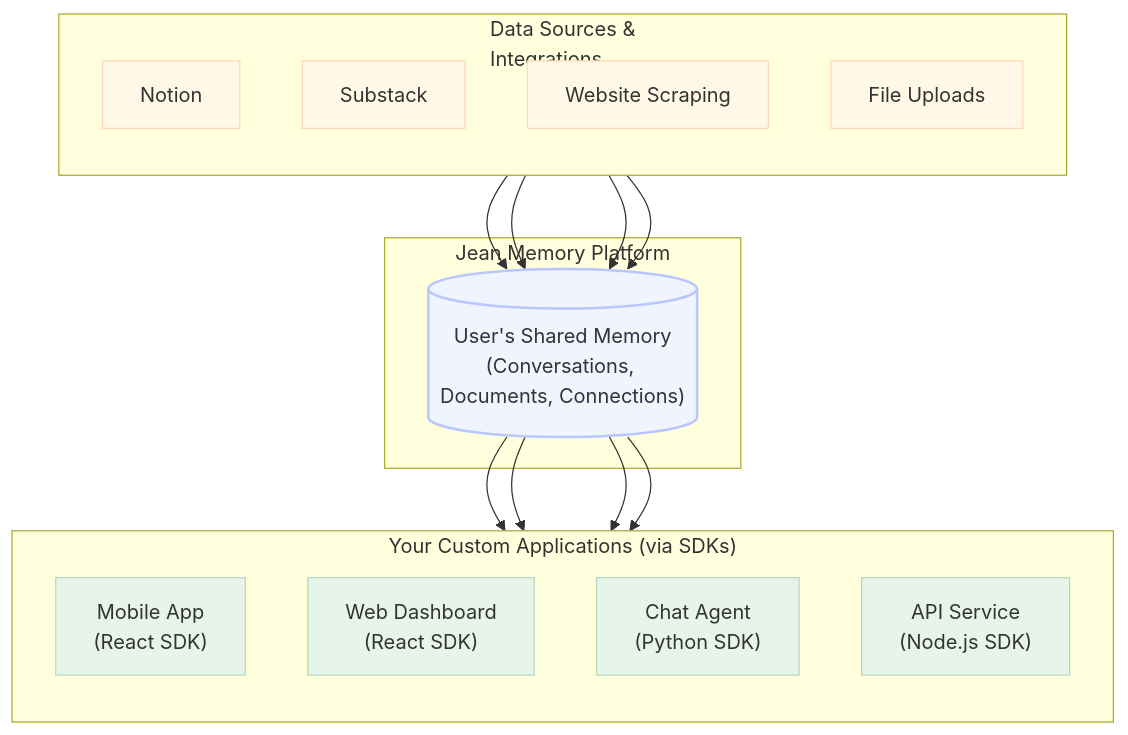
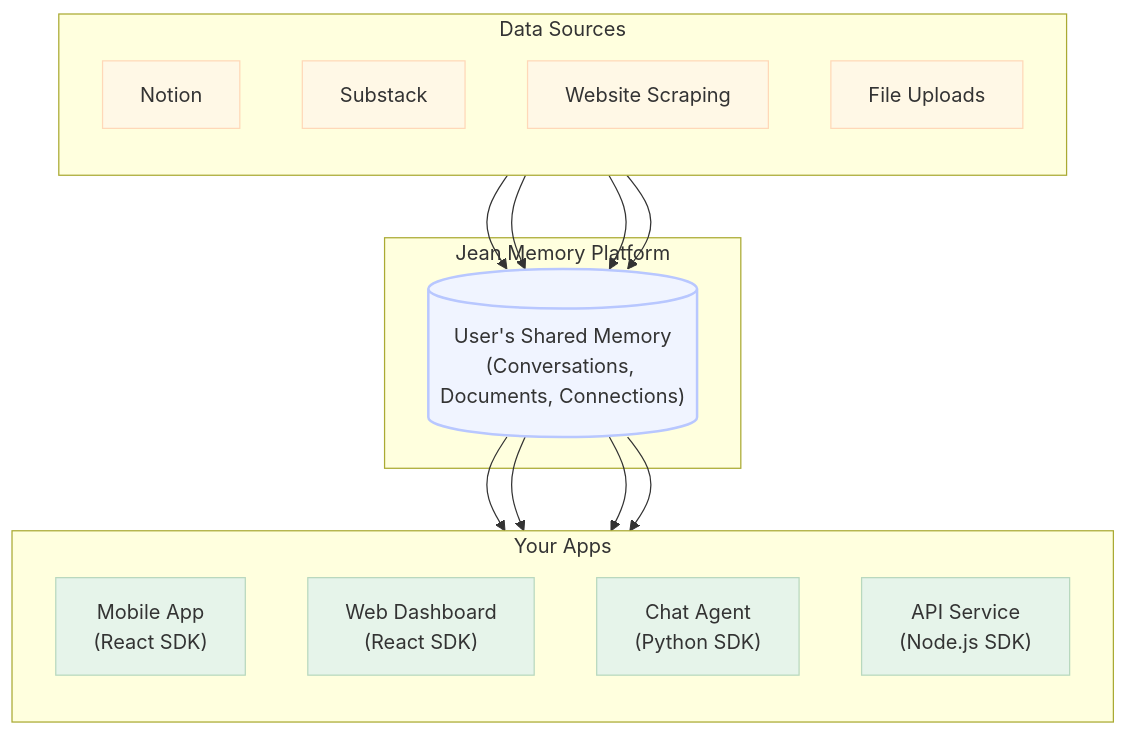
The diagram in FINAL_SDK_REVIEW_AND_DOCUMENTATION.md (jean-technologies/jean-memory), drawn with Mermaid before and after one commit. The commit also changed 33 other files, not shown here.

Commit message:
push these very many changes that improve the SDK testing mechanisms and the graph for CE.

````diff
--- a/FINAL_SDK_REVIEW_AND_DOCUMENTATION.md
+++ b/FINAL_SDK_REVIEW_AND_DOCUMENTATION.md
@@ -40,42 +40,42 @@
 ```mermaid
 graph TD
-    subgraph "Data Sources &<br/>Integrations"
+    subgraph "Data Sources"
         direction TB
         I1[Notion]
         I2[Substack]
         I3[Website Scraping]
         I4[File Uploads]
     end
 
     subgraph "Jean Memory Platform"
         M[("User's Shared Memory<br/>(Conversations, Documents, Connections)")]
     end
 
-    subgraph "Your Custom Applications (via SDKs)"
+    subgraph "Your Apps"
         direction TB
         A1["Mobile App<br/>(React SDK)"]
         A2["Web Dashboard<br/>(React SDK)"]
         A3["Chat Agent<br/>(Python SDK)"]
         A4["API Service<br/>(Node.js SDK)"]
     end
 
     I1 --> M
     I2 --> M
     I3 --> M
     I4 --> M
 
     M --> A1
     M --> A2
     M --> A3
     M --> A4
 
-    style M fill:#f0f4ff,stroke:#b8c7ff,stroke-width:2px
-    style A1 fill:#e6f4ea,stroke:#b8d8be,stroke-width:1px
-    style A2 fill:#e6f4ea,stroke:#b8d8be,stroke-width:1px
-    style A3 fill:#e6f4ea,stroke:#b8d8be,stroke-width:1px
-    style A4 fill:#e6f4ea,stroke:#b8d8be,stroke-width:1px
-    style I1 fill:#fff8e6,stroke:#ffd8b8,stroke-width:1px
-    style I2 fill:#fff8e6,stroke:#ffd8b8,stroke-width:1px
-    style I3 fill:#fff8e6,stroke:#ffd8b8,stroke-width:1px
-    style I4 fill:#fff8e6,stroke:#ffd8b8,stroke-width:1px
+    style M fill:#f0f4ff,stroke:#b8c7ff,stroke-width:2px,color:#333333
+    style A1 fill:#e6f4ea,stroke:#b8d8be,stroke-width:1px,color:#333333
+    style A2 fill:#e6f4ea,stroke:#b8d8be,stroke-width:1px,color:#333333
+    style A3 fill:#e6f4ea,stroke:#b8d8be,stroke-width:1px,color:#333333
+    style A4 fill:#e6f4ea,stroke:#b8d8be,stroke-width:1px,color:#333333
+    style I1 fill:#fff8e6,stroke:#ffd8b8,stroke-width:1px,color:#333333
+    style I2 fill:#fff8e6,stroke:#ffd8b8,stroke-width:1px,color:#333333
+    style I3 fill:#fff8e6,stroke:#ffd8b8,stroke-width:1px,color:#333333
+    style I4 fill:#fff8e6,stroke:#ffd8b8,stroke-width:1px,color:#333333
 ```
````
